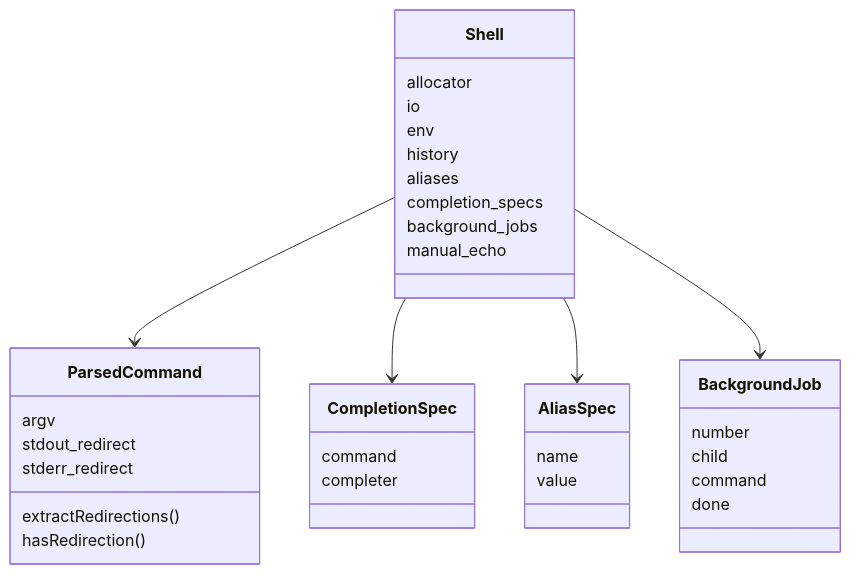
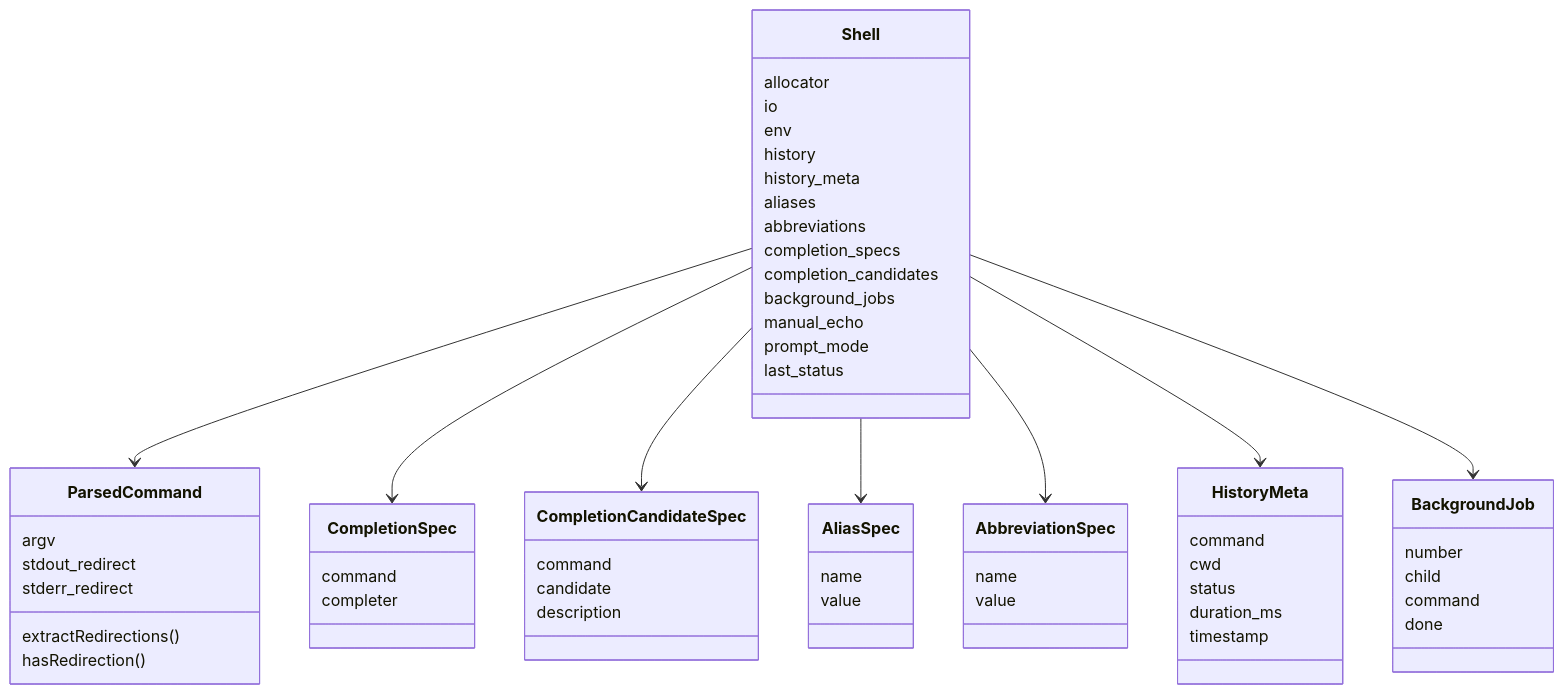
One commit to PascalAI2024/ZiggyZag changed the second of 2 diagrams in docs/ARCHITECTURE.md. Above: the diagram before and after it, drawn with Mermaid. The commit also changed other lines of this file and 6 other files, not shown here.

````diff
--- a/docs/ARCHITECTURE.md
+++ b/docs/ARCHITECTURE.md
@@ -41,38 +47,62 @@
 ```mermaid
 classDiagram
     class Shell {
       allocator
       io
       env
       history
+      history_meta
       aliases
+      abbreviations
       completion_specs
+      completion_candidates
       background_jobs
       manual_echo
+      prompt_mode
+      last_status
     }
     class ParsedCommand {
       argv
       stdout_redirect
       stderr_redirect
       extractRedirections()
       hasRedirection()
     }
     class CompletionSpec {
       command
       completer
     }
     class AliasSpec {
       name
       value
     }
+    class AbbreviationSpec {
+      name
+      value
+    }
+    class CompletionCandidateSpec {
+      command
+      candidate
+      description
+    }
+    class HistoryMeta {
+      command
+      cwd
+      status
+      duration_ms
+      timestamp
+    }
     class BackgroundJob {
       number
       child
       command
       done
     }
     Shell --> ParsedCommand
     Shell --> CompletionSpec
+    Shell --> CompletionCandidateSpec
     Shell --> AliasSpec
+    Shell --> AbbreviationSpec
+    Shell --> HistoryMeta
     Shell --> BackgroundJob
 ```
````
